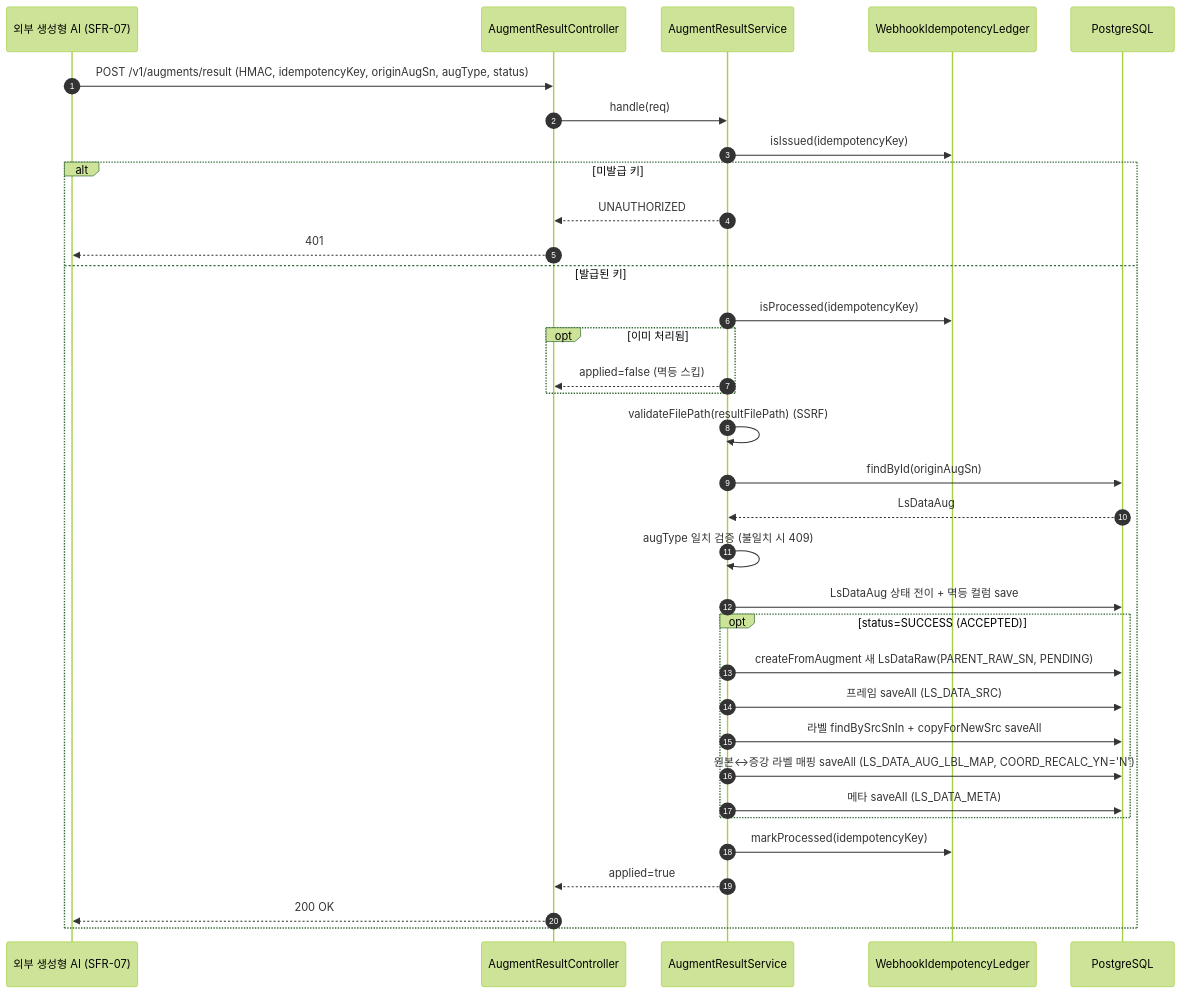
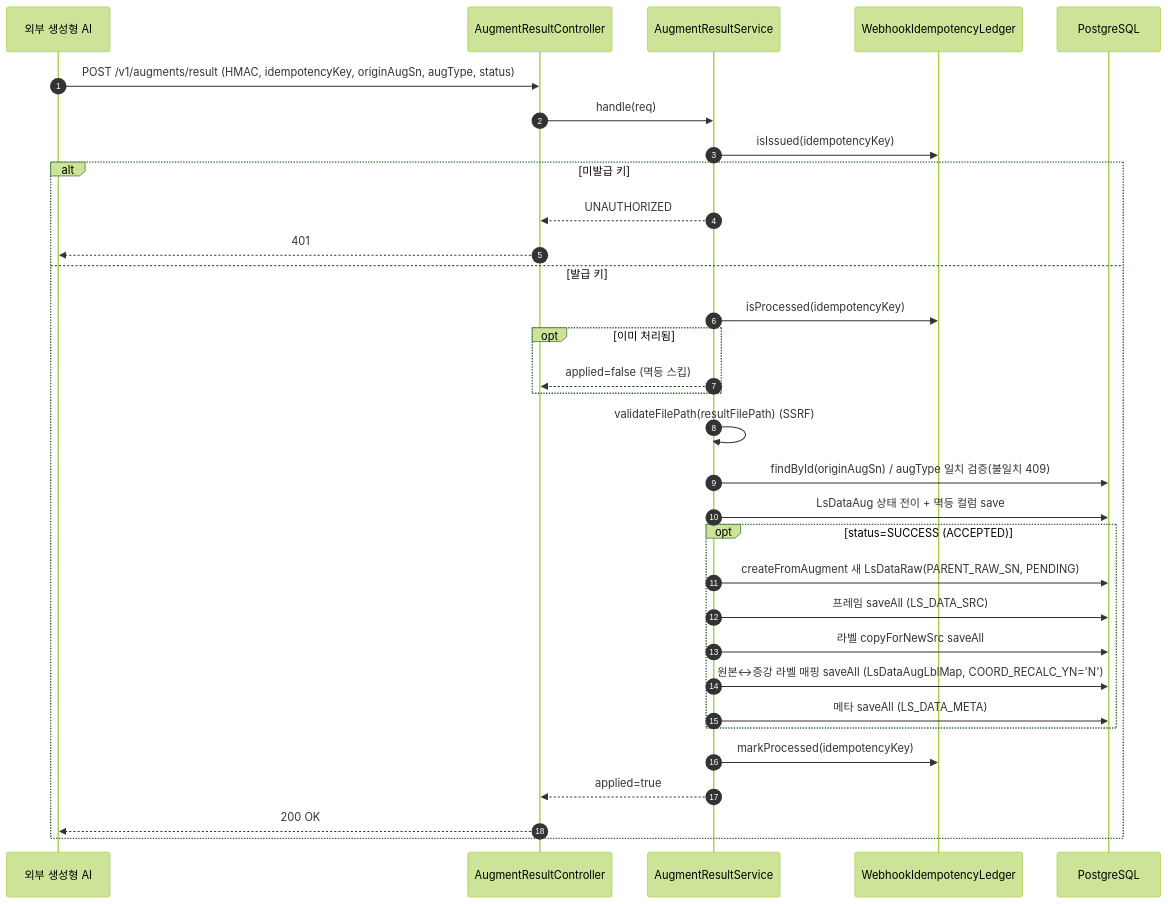
Before and after one commit to New-stella/klid-label: the second of 26 diagrams in docs/design/D1-클래스설계서.md, drawn with Mermaid (forest theme). The commit also changed other lines of this file and 6 other files, not shown here.

````diff
--- a/docs/design/D1-클래스설계서.md
+++ b/docs/design/D1-클래스설계서.md
@@ -352,37 +249,34 @@
 ```mermaid
 sequenceDiagram
     autonumber
-    participant EX as 외부 생성형 AI (SFR-07)
+    participant EX as 외부 생성형 AI
     participant ARC as AugmentResultController
     participant ARS as AugmentResultService
     participant LG as WebhookIdempotencyLedger
     participant DB as PostgreSQL
-
     EX->>ARC: POST /v1/augments/result (HMAC, idempotencyKey, originAugSn, augType, status)
     ARC->>ARS: handle(req)
     ARS->>LG: isIssued(idempotencyKey)
     alt 미발급 키
         ARS-->>ARC: UNAUTHORIZED
         ARC-->>EX: 401
-    else 발급된 키
+    else 발급 키
         ARS->>LG: isProcessed(idempotencyKey)
         opt 이미 처리됨
             ARS-->>ARC: applied=false (멱등 스킵)
         end
         ARS->>ARS: validateFilePath(resultFilePath) (SSRF)
-        ARS->>DB: findById(originAugSn)
-        DB-->>ARS: LsDataAug
-        ARS->>ARS: augType 일치 검증 (불일치 시 409)
+        ARS->>DB: findById(originAugSn) / augType 일치 검증(불일치 409)
         ARS->>DB: LsDataAug 상태 전이 + 멱등 컬럼 save
         opt status=SUCCESS (ACCEPTED)
             ARS->>DB: createFromAugment 새 LsDataRaw(PARENT_RAW_SN, PENDING)
             ARS->>DB: 프레임 saveAll (LS_DATA_SRC)
-            ARS->>DB: 라벨 findBySrcSnIn + copyForNewSrc saveAll
-            ARS->>DB: 원본↔증강 라벨 매핑 saveAll (LS_DATA_AUG_LBL_MAP, COORD_RECALC_YN='N')
+            ARS->>DB: 라벨 copyForNewSrc saveAll
+            ARS->>DB: 원본↔증강 라벨 매핑 saveAll (LsDataAugLblMap, COORD_RECALC_YN='N')
             ARS->>DB: 메타 saveAll (LS_DATA_META)
         end
         ARS->>LG: markProcessed(idempotencyKey)
         ARS-->>ARC: applied=true
         ARC-->>EX: 200 OK
     end
 ```
````
